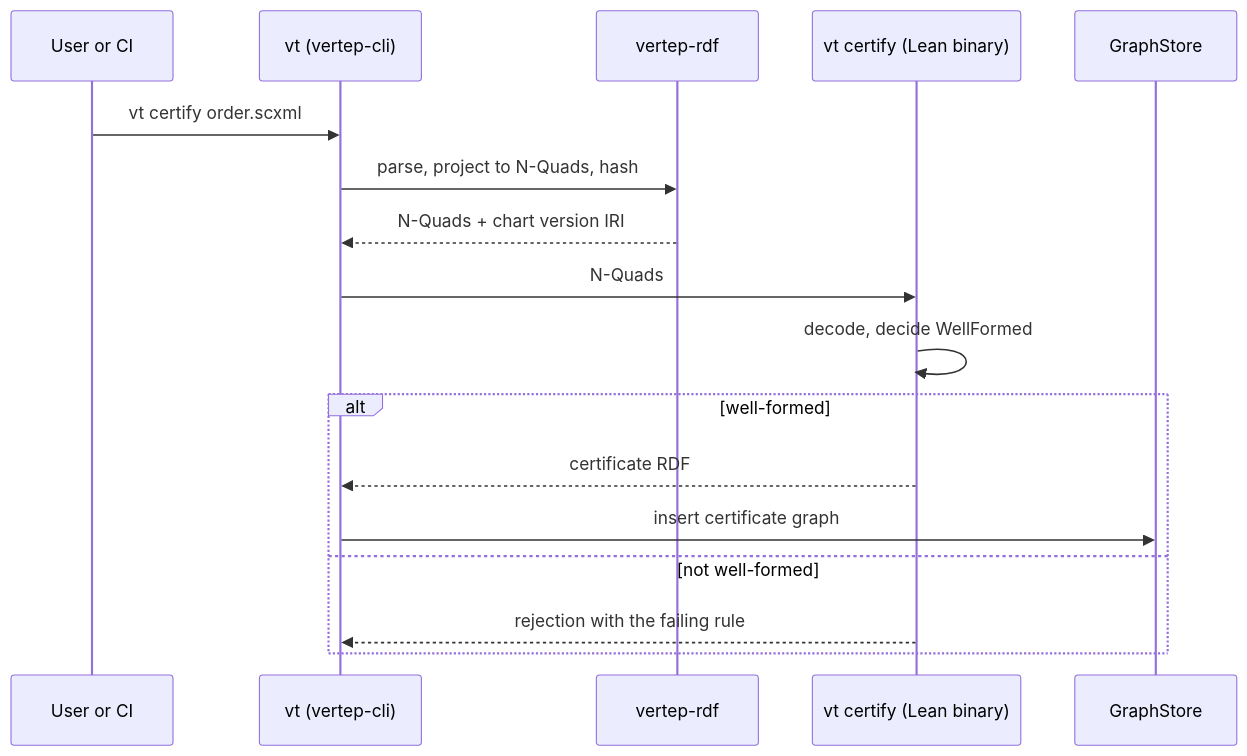
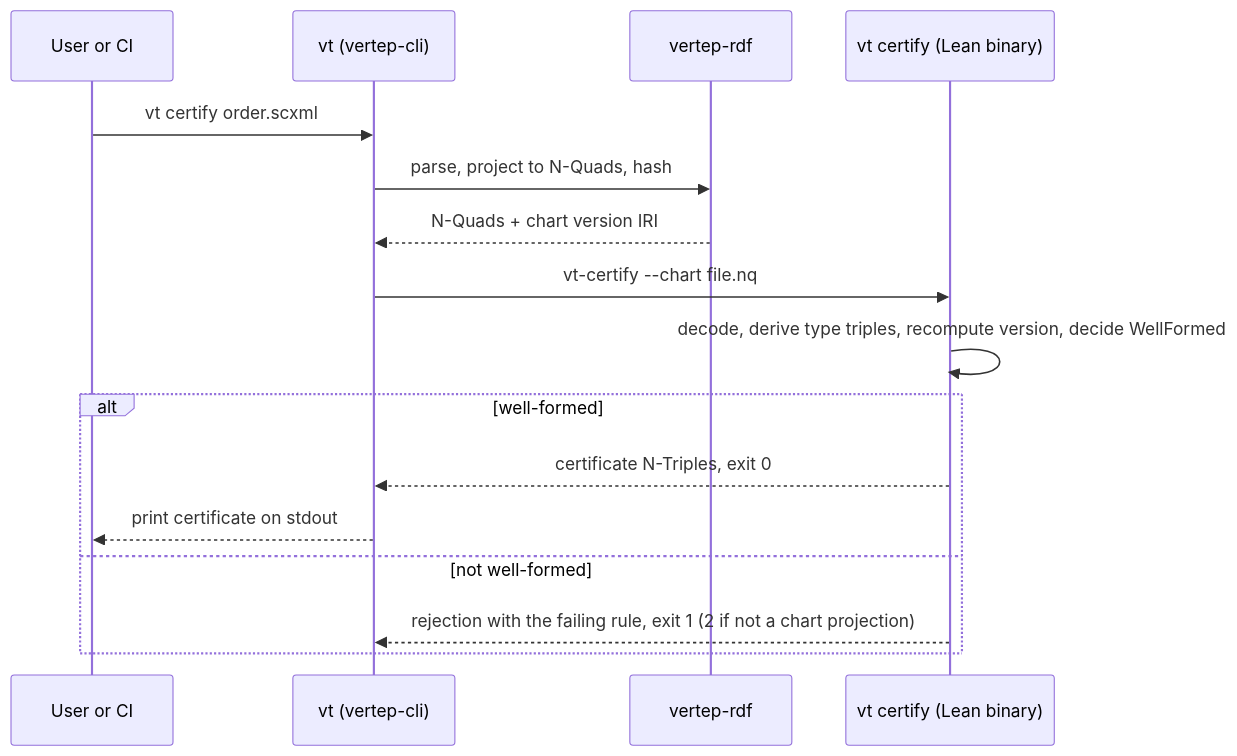
One commit to Volland/vertep changed the tenth of 11 diagrams in tg.md/views/verification.md. Above: the diagram before and after it, drawn with Mermaid. The commit also changed other lines of this file and 9 other files, not shown here.

First line of the commit message:
Bring the architecture views in line with the code

````diff
--- a/tg.md/views/verification.md
+++ b/tg.md/views/verification.md
@@ -362,19 +363,18 @@
 ```mermaid
 sequenceDiagram
     participant U as User or CI
     participant CLI as vt (vertep-cli)
     participant RDF as vertep-rdf
     participant CK as vt certify (Lean binary)
-    participant GS as GraphStore
     U->>CLI: vt certify order.scxml
     CLI->>RDF: parse, project to N-Quads, hash
     RDF-->>CLI: N-Quads + chart version IRI
-    CLI->>CK: N-Quads
-    CK->>CK: decode, decide WellFormed
+    CLI->>CK: vt-certify --chart file.nq
+    CK->>CK: decode, derive type triples, recompute version, decide WellFormed
     alt well-formed
-        CK-->>CLI: certificate RDF
-        CLI->>GS: insert certificate graph
+        CK-->>CLI: certificate N-Triples, exit 0
+        CLI-->>U: print certificate on stdout
     else not well-formed
-        CK-->>CLI: rejection with the failing rule
+        CK-->>CLI: rejection with the failing rule, exit 1 (2 if not a chart projection)
     end
 ```
````
